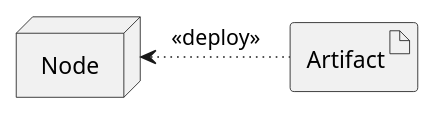
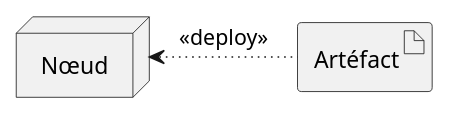
One commit to gigl-uml/Guide_uml_polymtl changed the diagram in plant_uml/deployRelationExample.plantuml. Above: the diagram before and after it, drawn with PlantUML. The commit also changed 9 other files, not shown here.

```diff
--- a/plant_uml/deployRelationExample.plantuml
+++ b/plant_uml/deployRelationExample.plantuml
@@ -1,8 +1,8 @@
 @startuml
 skinparam backgroundcolor transparent
-node Node
-artifact Artifact
+node Nœud
+artifact Artéfact
 
-Node <-[dotted]r- Artifact: <<deploy>>
+Nœud <-[dotted]r- Artéfact: <<deploy>>
 
 @enduml
```
